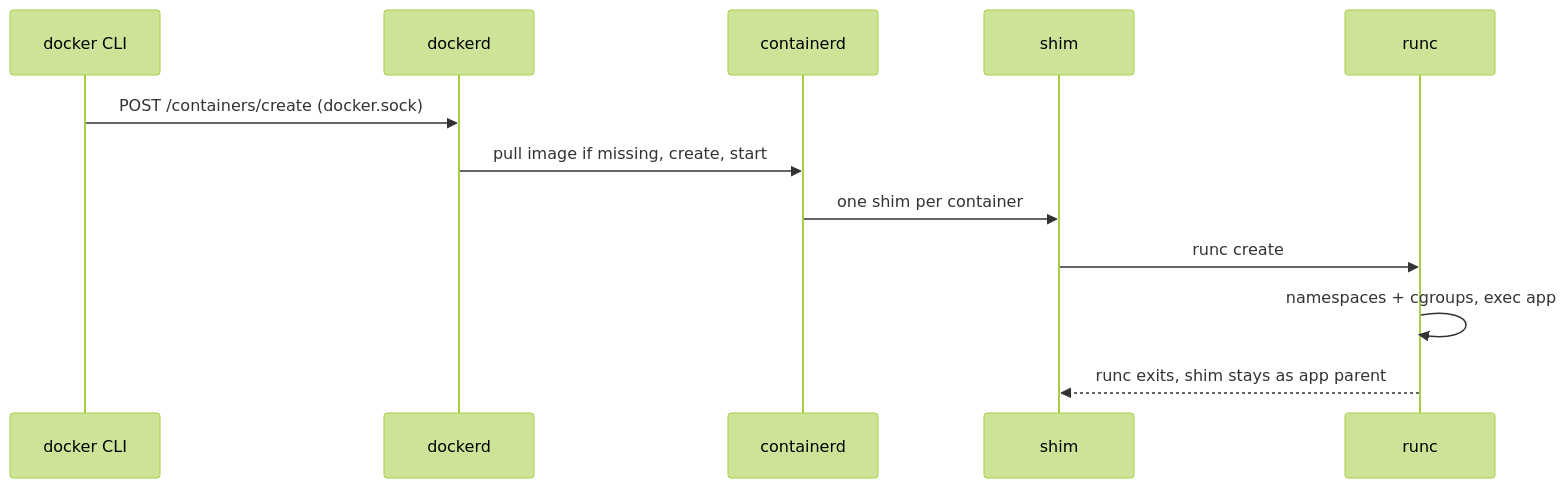
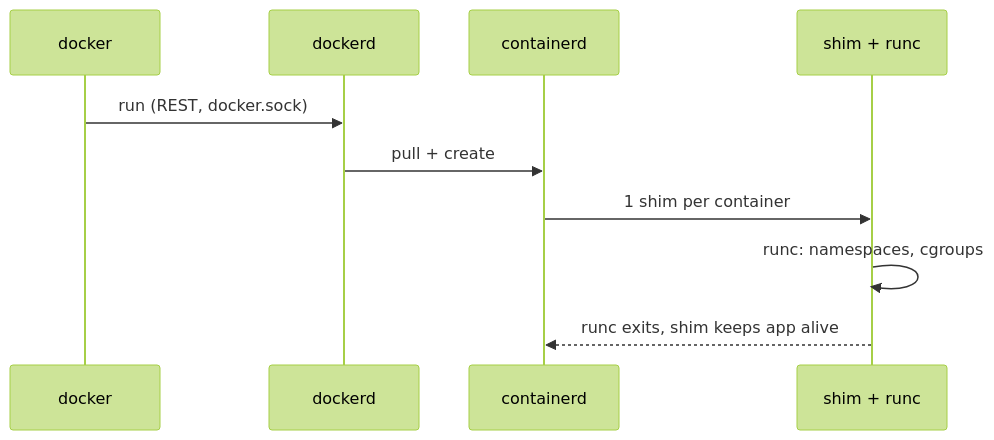
Before and after one commit to wesamkhateeb98-creator/docker-zero-to-production: the diagram in docs/01-foundations/03-architecture.md, drawn with Mermaid (forest theme). The commit also changed 8 other files, not shown here.

First line of the commit message:
Narrow wide diagrams in docs so they stay readable on GitHub

````diff
--- a/docs/01-foundations/03-architecture.md
+++ b/docs/01-foundations/03-architecture.md
@@ -8,14 +8,12 @@
 ```mermaid
 sequenceDiagram
-    participant CLI as docker CLI
+    participant CLI as docker
     participant D as dockerd
     participant C as containerd
-    participant S as shim
-    participant RC as runc
-    CLI->>D: POST /containers/create (docker.sock)
-    D->>C: pull image if missing, create, start
-    C->>S: one shim per container
-    S->>RC: runc create
-    RC->>RC: namespaces + cgroups, exec app
-    RC-->>S: runc exits, shim stays as app parent
+    participant R as shim + runc
+    CLI->>D: run (REST, docker.sock)
+    D->>C: pull + create
+    C->>R: 1 shim per container
+    R->>R: runc: namespaces, cgroups
+    R-->>C: runc exits, shim keeps app alive
 ```
````
